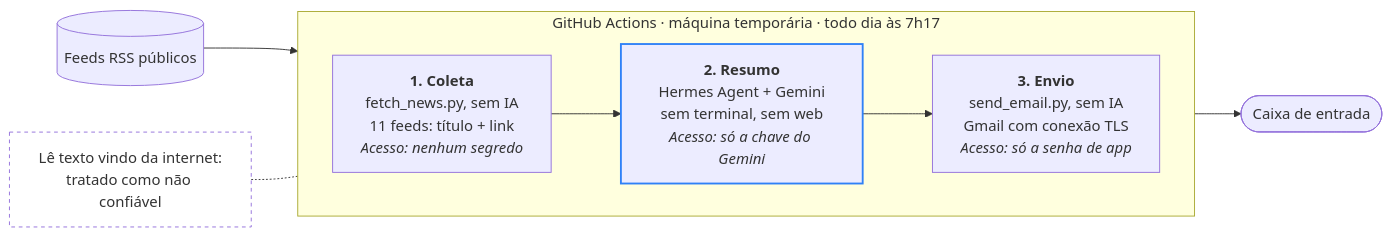
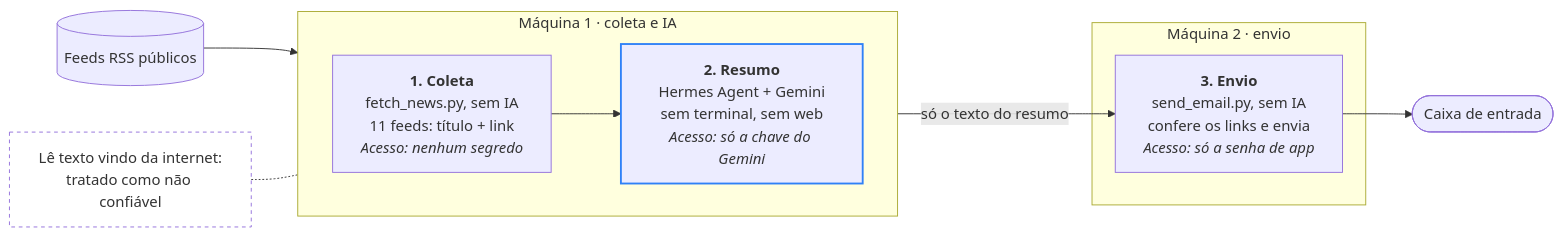
Before and after one commit to MichelGSS/hermes-briefing-diario: the first of 2 diagrams in README.md, drawn with Mermaid. The commit also changed other lines of this file, not shown here.

````diff
--- a/README.md
+++ b/README.md
@@ -39,19 +41,22 @@
 ```mermaid
 flowchart LR
     feeds[("Feeds RSS públicos")]
     inbox(["Caixa de entrada"])
-    subgraph actions["GitHub Actions · máquina temporária · todo dia às 7h17"]
+    subgraph m1["Máquina 1 · coleta e IA"]
         direction LR
         coleta["<b>1. Coleta</b><br/>fetch_news.py, sem IA<br/>11 feeds: título + link<br/><i>Acesso: nenhum segredo</i>"]
         resumo["<b>2. Resumo</b><br/>Hermes Agent + Gemini<br/>sem terminal, sem web<br/><i>Acesso: só a chave do Gemini</i>"]
-        envio["<b>3. Envio</b><br/>send_email.py, sem IA<br/>Gmail com conexão TLS<br/><i>Acesso: só a senha de app</i>"]
-        coleta --> resumo --> envio
+        coleta --> resumo
+    end
+    subgraph m2["Máquina 2 · envio"]
+        envio["<b>3. Envio</b><br/>send_email.py, sem IA<br/>confere os links e envia<br/><i>Acesso: só a senha de app</i>"]
     end
     feeds --> coleta
+    resumo -- "só o texto do resumo" --> envio
     envio --> inbox
     aviso["Lê texto vindo da internet:<br/>tratado como não confiável"] -.- resumo
     classDef ia stroke:#2f81f7,stroke-width:2px
     classDef nota fill:none,stroke-dasharray:4 4
     class resumo ia
     class aviso nota
 ```
````
